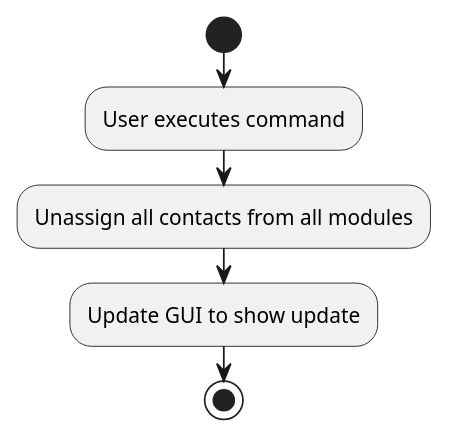
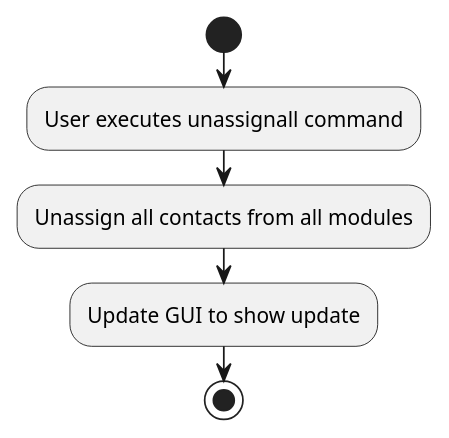
One commit to nus-cs2103-AY2021S1/tp changed the diagram in docs/diagrams/UnassignallActivityDiagram.puml. Above: the diagram before and after it, drawn with PlantUML. The commit also changed 3 other files, not shown here.

Commit message:
Add diagrams image

```diff
--- a/docs/diagrams/UnassignallActivityDiagram.puml
+++ b/docs/diagrams/UnassignallActivityDiagram.puml
@@ -1,7 +1,9 @@
 @startuml
 start
-:User executes command;
+:User executes unassignall command;
+
 :Unassign all contacts from all modules;
 :Update GUI to show update;
+
 stop
 @enduml
```
